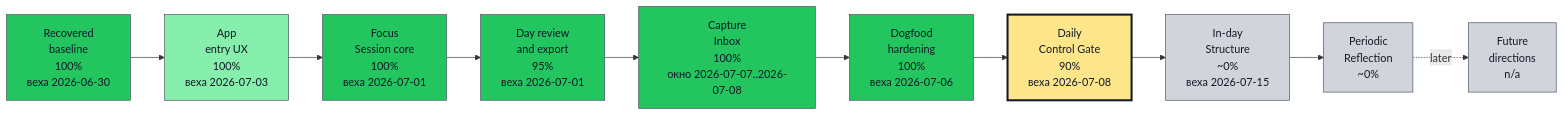
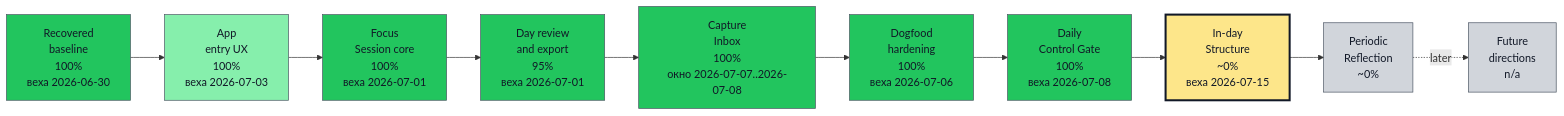
Before and after one commit to asukhodko/timeskein: the first of 2 diagrams in docs/roadmap/opskarta.md, drawn with Mermaid. The commit also changed other lines of this file and 13 other files, not shown here.

Commit message:
Update roadmap after daily-control gate

````diff
--- a/docs/roadmap/opskarta.md
+++ b/docs/roadmap/opskarta.md
@@ -66,44 +56,44 @@
 ```mermaid
 flowchart LR
 
     classDef exec_done fill:#22c55e,stroke:#4b5563,color:#111827,stroke-width:1px
     classDef exec_in_progress fill:#0ea5e9,stroke:#4b5563,color:#111827,stroke-width:1px
     classDef exec_blocked fill:#fecaca,stroke:#4b5563,color:#111827,stroke-width:1px
     classDef exec_not_started fill:#9ca3af,stroke:#4b5563,color:#111827,stroke-width:1px
     classDef exec_mgmt_green fill:#86efac,stroke:#4b5563,color:#111827,stroke-width:1px
     classDef exec_mgmt_yellow fill:#fde68a,stroke:#4b5563,color:#111827,stroke-width:1px
     classDef exec_mgmt_red fill:#fca5a5,stroke:#4b5563,color:#111827,stroke-width:1px
     classDef exec_mgmt_neutral fill:#d1d5db,stroke:#4b5563,color:#111827,stroke-width:1px
 
     recovered_baseline["Recovered<br/>baseline<br/>100%<br/>веха 2026-06-30"]
     class recovered_baseline exec_done
     app_entry_ux["App<br/>entry UX<br/>100%<br/>веха 2026-07-03"]
     class app_entry_ux exec_mgmt_green
     focus_session_core["Focus<br/>Session core<br/>100%<br/>веха 2026-07-01"]
     class focus_session_core exec_done
     day_review_export["Day review<br/>and export<br/>95%<br/>веха 2026-07-01"]
     class day_review_export exec_done
     capture_inbox["Capture<br/>Inbox<br/>100%<br/>окно 2026-07-07..2026-07-08"]
     class capture_inbox exec_done
     dogfood_hardening["Dogfood<br/>hardening<br/>100%<br/>веха 2026-07-06"]
     class dogfood_hardening exec_done
-    daily_control_gate["Daily<br/>Control Gate<br/>90%<br/>веха 2026-07-08"]
-    class daily_control_gate exec_mgmt_yellow
-    style daily_control_gate stroke:#111827,stroke-width:3px
+    daily_control_gate["Daily<br/>Control Gate<br/>100%<br/>веха 2026-07-08"]
+    class daily_control_gate exec_done
     in_day_structure["In-day<br/>Structure<br/>~0%<br/>веха 2026-07-15"]
-    class in_day_structure exec_mgmt_neutral
+    class in_day_structure exec_mgmt_yellow
+    style in_day_structure stroke:#111827,stroke-width:3px
     periodic_reflection["Periodic<br/>Reflection<br/>~0%"]
     class periodic_reflection exec_mgmt_neutral
     future_directions["Future<br/>directions<br/>n/a"]
     class future_directions exec_mgmt_neutral
 
     recovered_baseline --> app_entry_ux
     app_entry_ux --> focus_session_core
     focus_session_core --> day_review_export
     day_review_export --> capture_inbox
     capture_inbox --> dogfood_hardening
     dogfood_hardening --> daily_control_gate
     daily_control_gate --> in_day_structure
     in_day_structure --> periodic_reflection
     periodic_reflection -. later .-> future_directions
 ```
````
